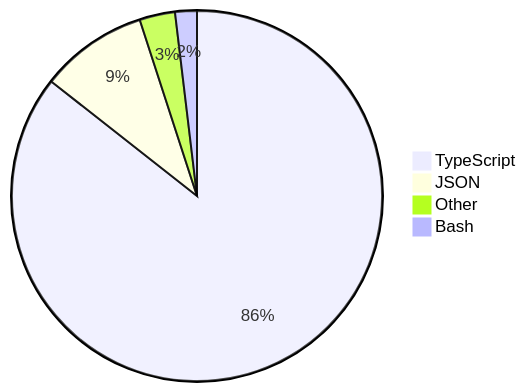
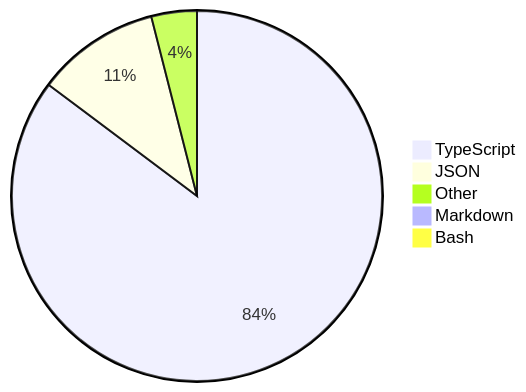
The diagram in README.md (skvggor/skvggor), drawn with Mermaid before and after one commit.

Commit message:
Updated waka-readme graph with new metrics

````diff
--- a/README.md
+++ b/README.md
@@ -28,7 +28,8 @@
 ```mermaid
 pie
-    "TypeScript" : 85.6
-    "JSON" : 9.4
-    "Other" : 3.1
-    "Bash" : 1.9
+    "TypeScript" : 83.7
+    "JSON" : 10.6
+    "Other" : 3.9
+    "Markdown" : 0.9
+    "Bash" : 0.9
 ```
````
